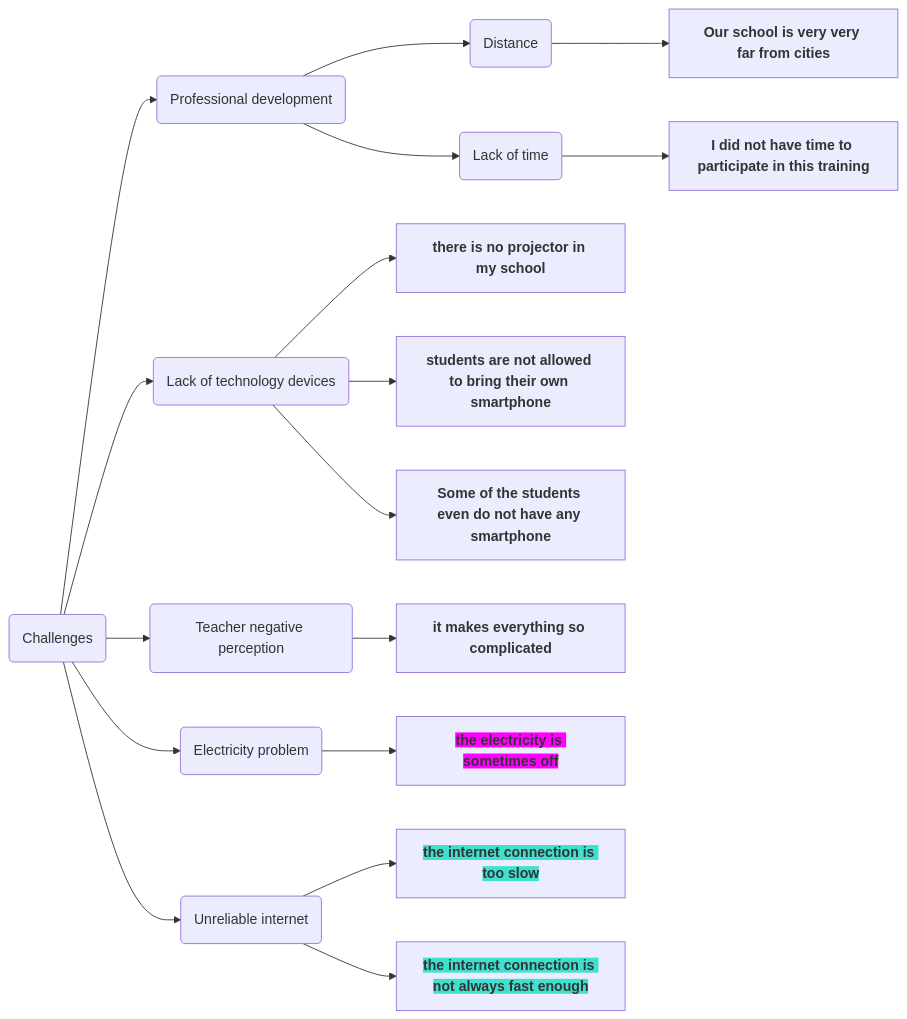
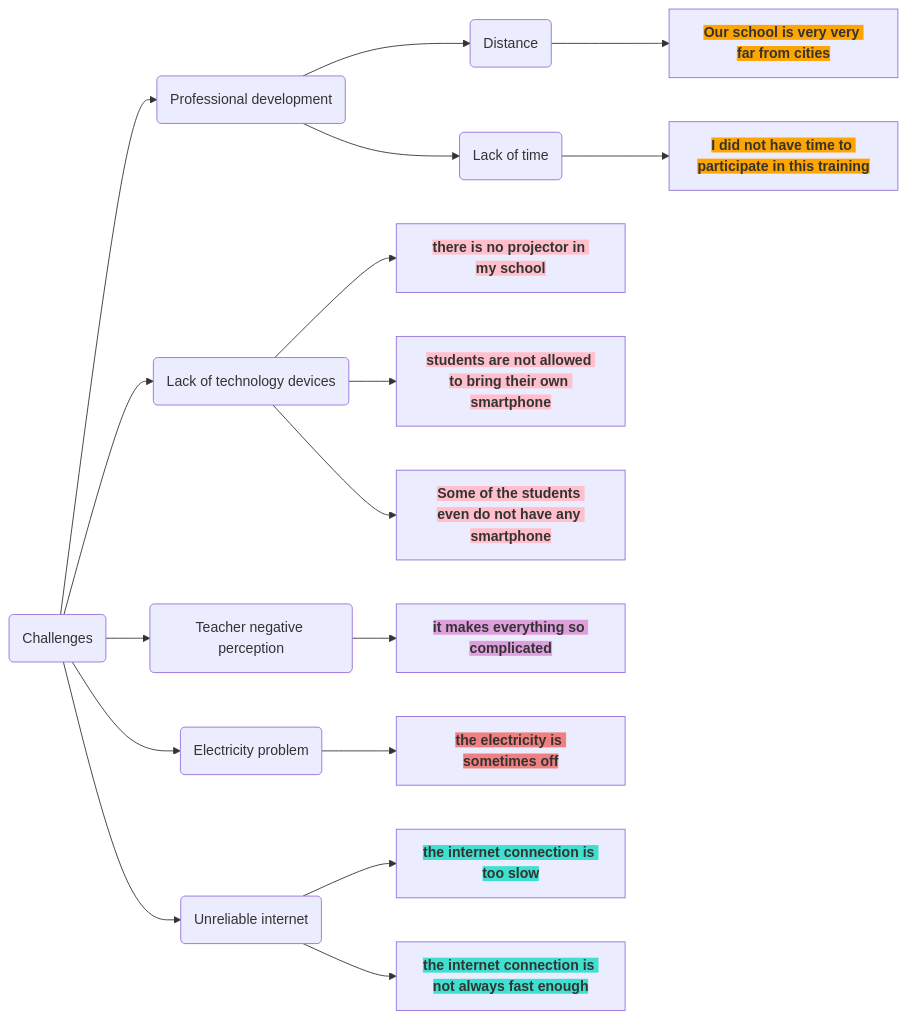
The second of 2 diagrams in intro_coding.qmd (faisalmustafa/SLR), drawn with Mermaid before and after one commit. The commit also changed other lines of this file and 2 other files, not shown here.

````diff
--- a/intro_coding.qmd
+++ b/intro_coding.qmd
@@ -33,22 +33,22 @@
 ```{mermaid}
 
 flowchart LR
   A(Challenges)
   A --> B(Professional development)
   B --> C(Distance)
-  C --> D[<span style='background-color:____; font-weight: bold'>Our school is very very far from cities</span>]
+  C --> D[<span style='background-color:orange; font-weight: bold'>Our school is very very far from cities</span>]
   B --> E(Lack of time)
-  E --> F[<span style='background-color:____; font-weight: bold'>I did not have time to participate in this training</span>]
+  E --> F[<span style='background-color:orange; font-weight: bold'>I did not have time to participate in this training</span>]
   A --> G(Lack of technology devices)
-  G --> H[<span style='background-color:____; font-weight: bold'>there is no projector in my school</span>]
-  G --> I[<span style='background-color:____; font-weight: bold'>students are not allowed to bring their own smartphone</span>]
-  G --> J[<span style='background-color:____; font-weight: bold'>Some of the students even do not have any smartphone</span>]
+  G --> H[<span style='background-color:pink; font-weight: bold'>there is no projector in my school</span>]
+  G --> I[<span style='background-color:pink; font-weight: bold'>students are not allowed to bring their own smartphone</span>]
+  G --> J[<span style='background-color:pink; font-weight: bold'>Some of the students even do not have any smartphone</span>]
   A --> K(Teacher negative perception)
-  K --> L[<span style='background-color:____; font-weight: bold'>it makes everything so complicated</span>]
+  K --> L[<span style='background-color:plum; font-weight: bold'>it makes everything so complicated</span>]
   A --> M(Electricity problem)
-  M --> N[<span style='background-color:Magenta; font-weight: bold'>the electricity is sometimes off</span>]
+  M --> N[<span style='background-color:LightCoral; font-weight: bold'>the electricity is sometimes off</span>]
   A --> O(Unreliable internet)
   O --> P[<span style='background-color:Turquoise; font-weight: bold'>the internet connection is too slow</span>]
   O --> Q[<span style='background-color:Turquoise; font-weight: bold'>the internet connection is not always fast enough</span>]
   
 ```
````
